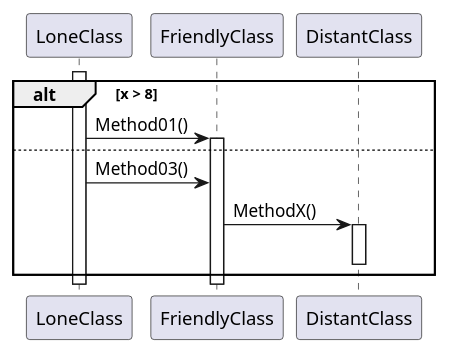
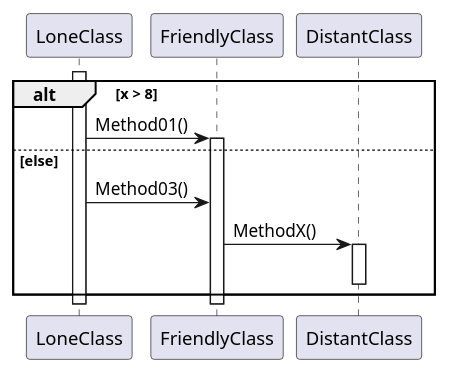
One commit to Neltharion59/java-sample-mvc changed the diagram in diagrams/sequence/TestCase_006.puml. Above: the diagram before and after it, drawn with PlantUML. The commit also changed 36 other files, not shown here.

```diff
--- a/diagrams/sequence/TestCase_006.puml
+++ b/diagrams/sequence/TestCase_006.puml
@@ -3,18 +3,18 @@
 @startuml
 
 activate LoneClass
 
 alt x > 8
     LoneClass -> FriendlyClass : Method01()
     activate FriendlyClass
-else
+else else
     LoneClass -> FriendlyClass : Method03()
     FriendlyClass -> DistantClass : MethodX()
     activate DistantClass
     deactivate DistantClass
 end
 
 deactivate FriendlyClass
 deactivate LoneClass
 
 @enduml
```
